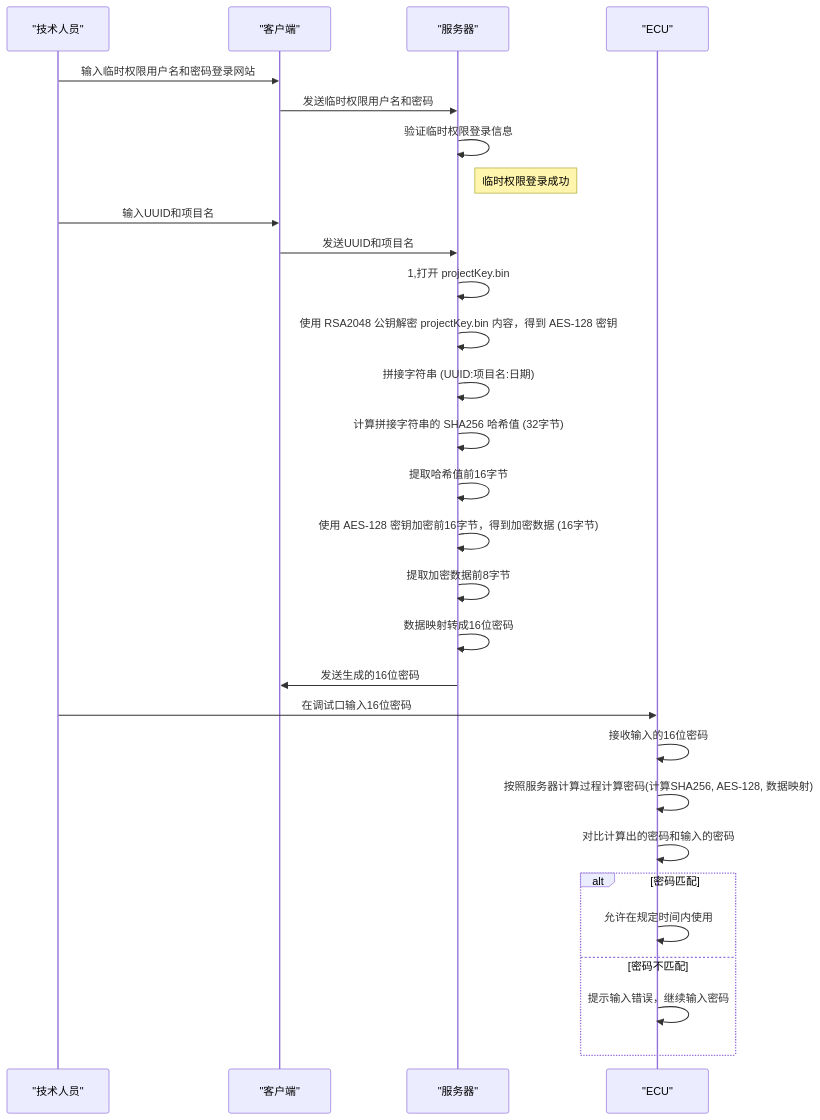
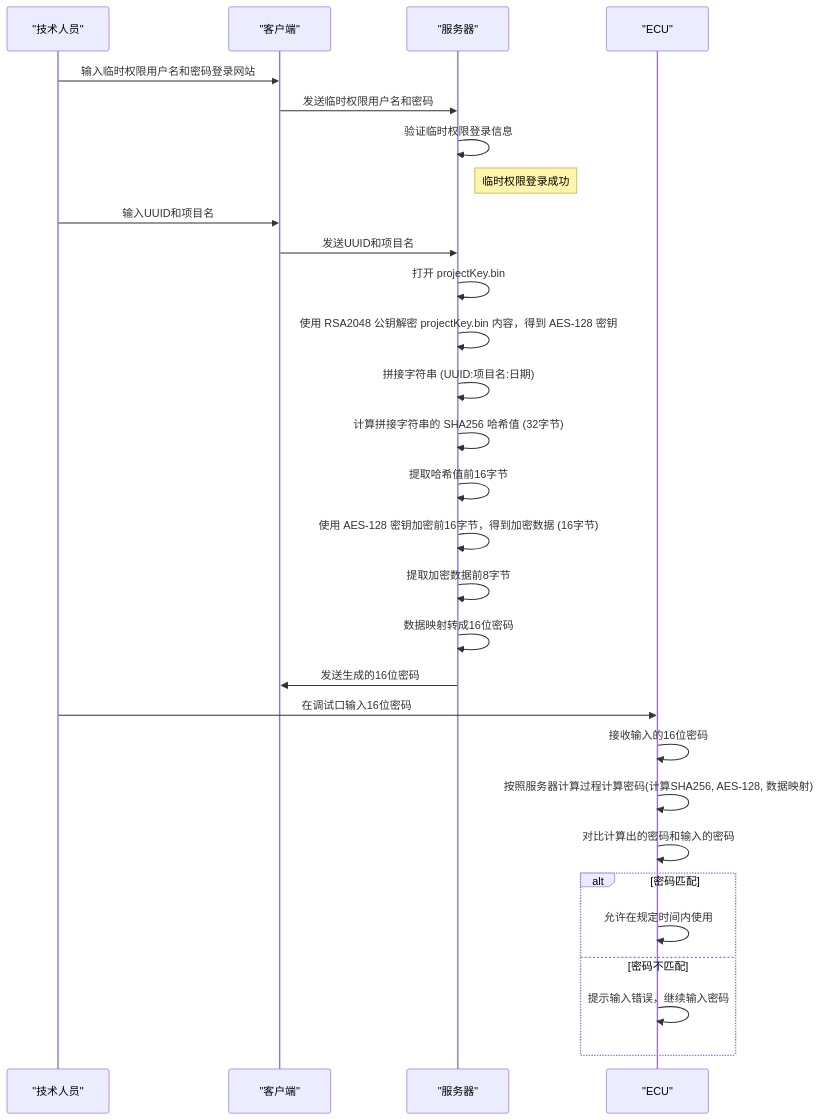
One commit to facebook-cloud/iodraw-files changed the diagram in all/未命名-7.md. Above: the diagram before and after it, drawn with Mermaid.

Commit message:
2026-01-23 16:14:19 update

````diff
--- a/all/未命名-7.md
+++ b/all/未命名-7.md
@@ -1,41 +1,41 @@
 ```mermaid
 sequenceDiagram
     participant Technician as "技术人员"
     participant Client as "客户端"
     participant Server as "服务器"
     participant ECU as "ECU"
 
     Technician->>Client: 输入临时权限用户名和密码登录网站
     Client->>Server: 发送临时权限用户名和密码
 
     Server->>Server: 验证临时权限登录信息
     Note right of Server: 临时权限登录成功
 
     Technician->>Client: 输入UUID和项目名
     Client->>Server: 发送UUID和项目名
 
-    Server->>Server: 1,打开 projectKey.bin
+    Server->>Server: 打开 projectKey.bin
     Server->>Server: 使用 RSA2048 公钥解密 projectKey.bin 内容，得到 AES-128 密钥
 
     Server->>Server: 拼接字符串 (UUID:项目名:日期)
     Server->>Server: 计算拼接字符串的 SHA256 哈希值 (32字节)
     Server->>Server: 提取哈希值前16字节
     Server->>Server: 使用 AES-128 密钥加密前16字节，得到加密数据 (16字节)
     Server->>Server: 提取加密数据前8字节
     Server->>Server: 数据映射转成16位密码
 
     Server->>Client: 发送生成的16位密码
 
     Technician->>ECU: 在调试口输入16位密码
 
     ECU->>ECU: 接收输入的16位密码
     ECU->>ECU: 按照服务器计算过程计算密码(计算SHA256, AES-128, 数据映射)
 
     ECU->>ECU: 对比计算出的密码和输入的密码
     alt 密码匹配
         ECU->>ECU: 允许在规定时间内使用
     else 密码不匹配
         ECU->>ECU: 提示输入错误，继续输入密码
     end
 
 ```
````
